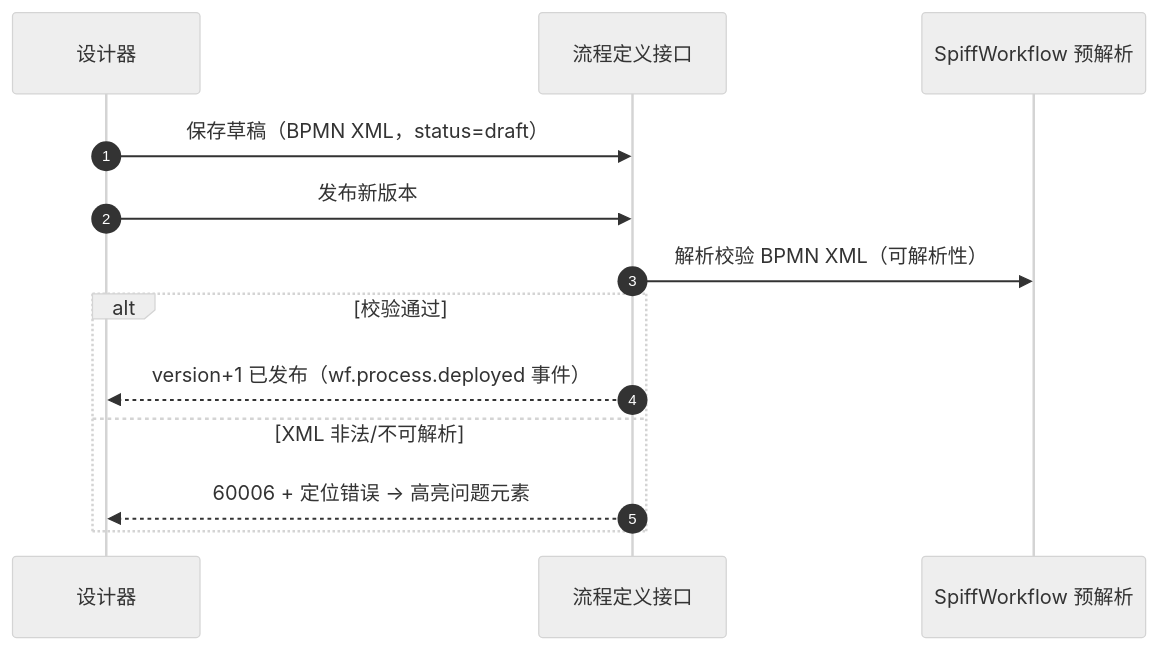
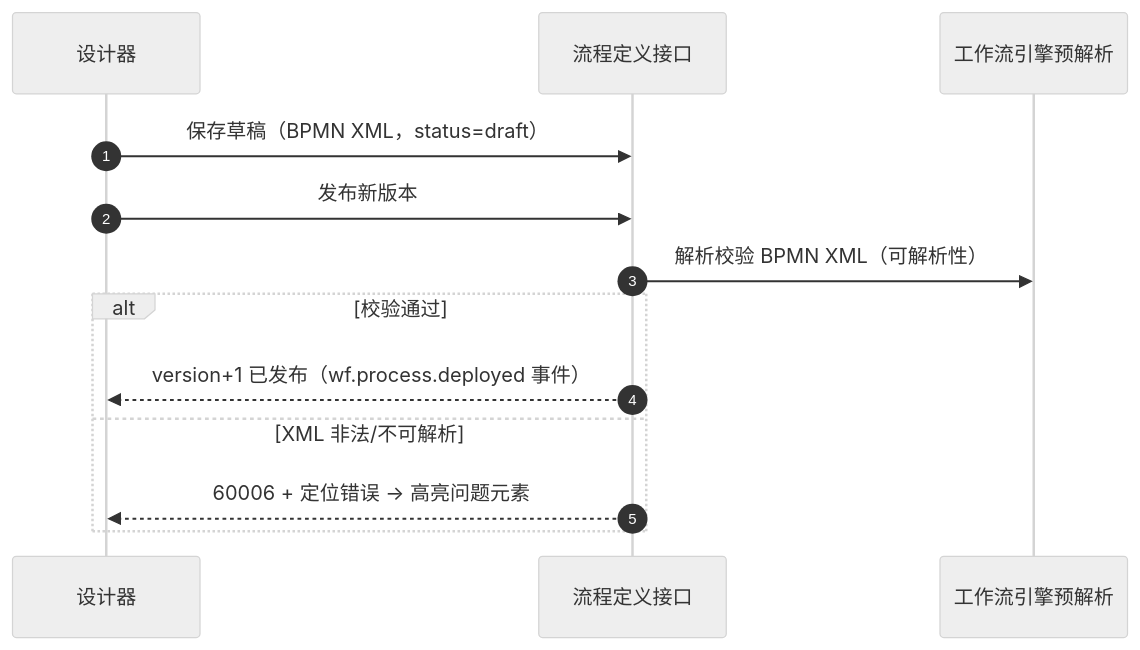
Before and after one commit to minjian123/basic-management-system: the second of 2 diagrams in bms文档/设计/组件设计/08_交互类/06_组件设计_流程建模器/06_组件设计_流程建模器.md, drawn with Mermaid (neutral theme). The commit also changed other lines of this file and 238 other files, not shown here.

````diff
--- a/bms文档/设计/组件设计/08_交互类/06_组件设计_流程建模器/06_组件设计_流程建模器.md
+++ b/bms文档/设计/组件设计/08_交互类/06_组件设计_流程建模器/06_组件设计_流程建模器.md
@@ -89,15 +89,15 @@
 ```mermaid
 sequenceDiagram
     autonumber
     participant 设计器
     participant 接口 as 流程定义接口
-    participant 引擎 as SpiffWorkflow 预解析
+    participant 引擎 as 工作流引擎预解析
     设计器->>接口: 保存草稿（BPMN XML，status=draft）
     设计器->>接口: 发布新版本
     接口->>引擎: 解析校验 BPMN XML（可解析性）
     alt 校验通过
         接口-->>设计器: version+1 已发布（wf.process.deployed 事件）
     else XML 非法/不可解析
         接口-->>设计器: 60006 + 定位错误 → 高亮问题元素
     end
 ```
````
